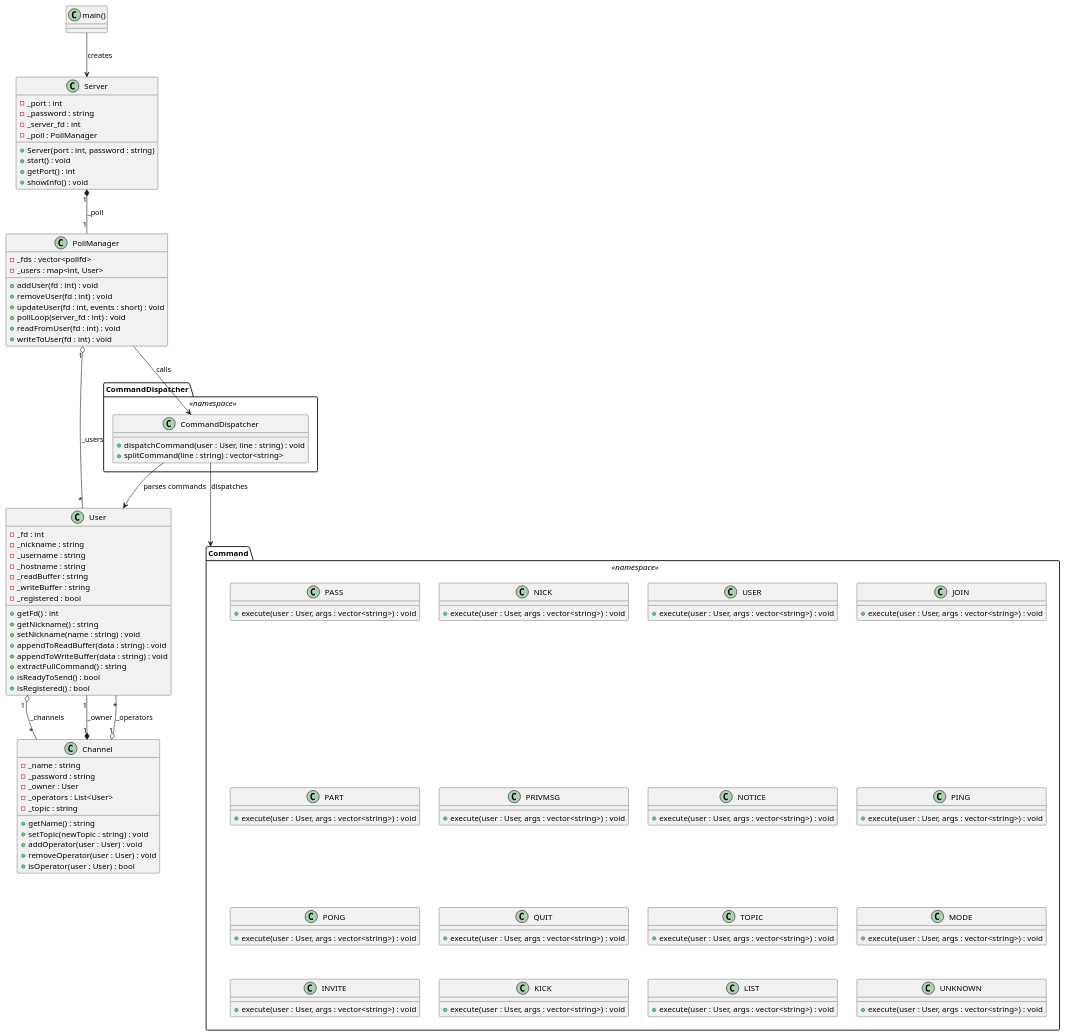
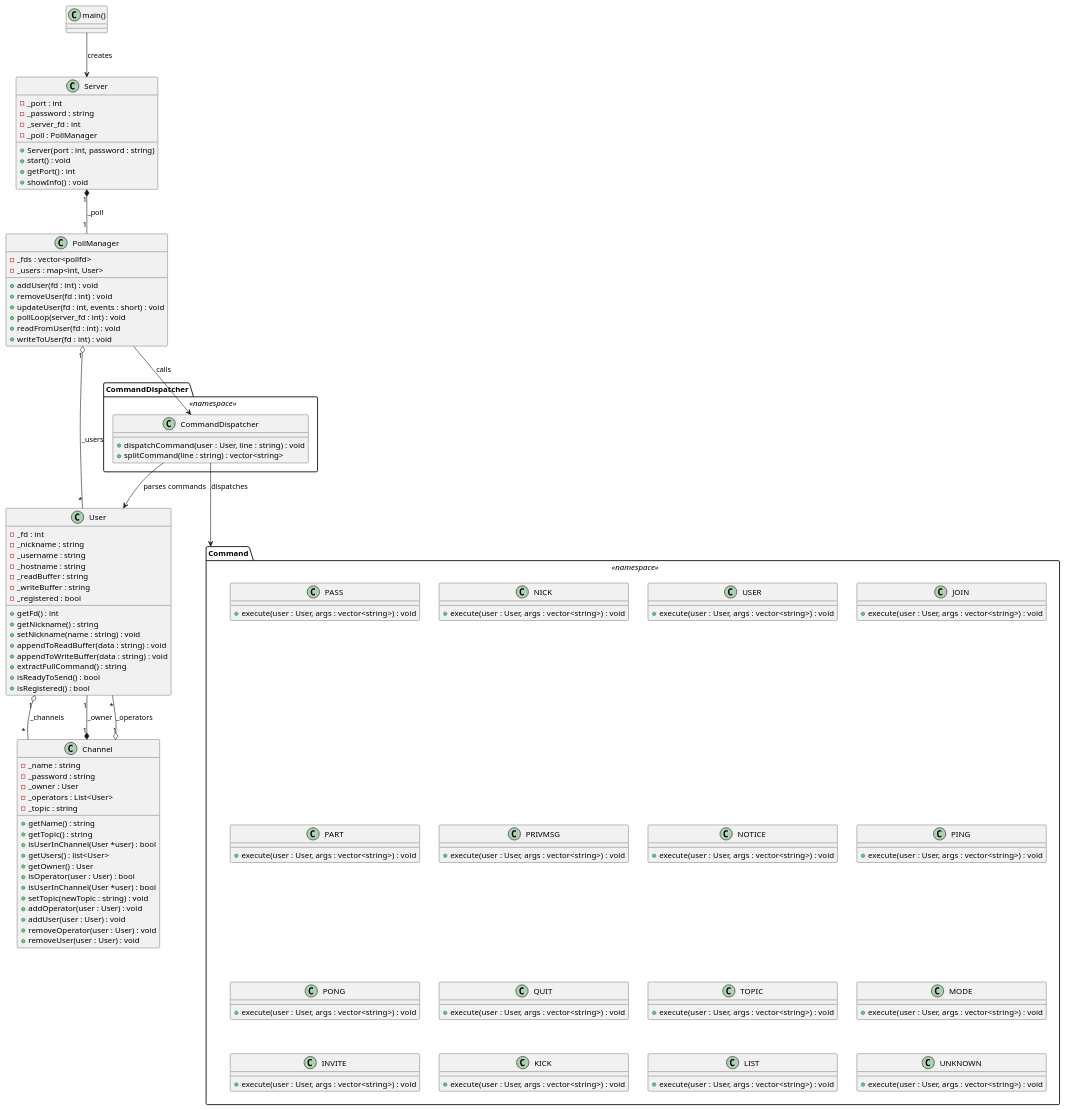
The diagram in diagram.puml (EniumRaphael/ft_irc), drawn with PlantUML before and after one commit. The commit also changed 2 other files, not shown here.

Commit message:
feat(channel): starting the channel class

```diff
--- a/diagram.puml
+++ b/diagram.puml
@@ -1,154 +1,161 @@
 @startuml "IRC Server - Detailed UML"
 
 ' ========================
 '         ENTRY: main()
 ' ========================
 class "main()"
 
 ' ========================
 '         CLASS: Server
 ' ========================
 class Server {
     - _port : int
     - _password : string
     - _server_fd : int
     - _poll : PollManager
 
     + Server(port : int, password : string)
     + start() : void
     + getPort() : int
     + showInfo() : void
 }
 
 ' ============================
 '         CLASS: PollManager
 ' ============================
 class PollManager {
     - _fds : vector<pollfd>
     - _users : map<int, User>
 
     + addUser(fd : int) : void
     + removeUser(fd : int) : void
     + updateUser(fd : int, events : short) : void
     + pollLoop(server_fd : int) : void
     + readFromUser(fd : int) : void
     + writeToUser(fd : int) : void
 }
 
 ' ========================
 '         CLASS: User
 ' ========================
 class User {
     - _fd : int
     - _nickname : string
     - _username : string
     - _hostname : string
     - _readBuffer : string
     - _writeBuffer : string
     - _registered : bool
 
     + getFd() : int
     + getNickname() : string
     + setNickname(name : string) : void
     + appendToReadBuffer(data : string) : void
     + appendToWriteBuffer(data : string) : void
     + extractFullCommand() : string
     + isReadyToSend() : bool
     + isRegistered() : bool
 }
 
 ' ========================
 '         CLASS: Channel
 ' ========================
 class Channel {
     - _name : string
     - _password : string
     - _owner : User
     - _operators : List<User>
     - _topic : string
 
     + getName() : string
+	+ getTopic() : string
+	+ isUserInChannel(User *user) : bool
+	+ getUsers() : list<User>
+	+ getOwner() : User
+    + isOperator(user : User) : bool
+	+ isUserInChannel(User *user) : bool
     + setTopic(newTopic : string) : void
     + addOperator(user : User) : void
+	+ addUser(user : User) : void
     + removeOperator(user : User) : void
-    + isOperator(user : User) : bool
+	+ removeUser(user : User) : void
 }
 
 ' ====================================
 '  NAMESPACE: CommandDispatcher (static)
 ' ====================================
 package "CommandDispatcher" <<namespace>> {
     class CommandDispatcher {
         + dispatchCommand(user : User, line : string) : void
         + splitCommand(line : string) : vector<string>
     }
 }
 
 ' =============================
 '      NAMESPACE: Command
 ' =============================
 package "Command" <<namespace>> {
     class PASS {
         + execute(user : User, args : vector<string>) : void
     }
     class NICK {
         + execute(user : User, args : vector<string>) : void
     }
     class USER {
         + execute(user : User, args : vector<string>) : void
     }
     class JOIN {
         + execute(user : User, args : vector<string>) : void
     }
     class PART {
         + execute(user : User, args : vector<string>) : void
     }
     class PRIVMSG {
         + execute(user : User, args : vector<string>) : void
     }
     class NOTICE {
         + execute(user : User, args : vector<string>) : void
     }
     class PING {
         + execute(user : User, args : vector<string>) : void
     }
     class PONG {
         + execute(user : User, args : vector<string>) : void
     }
     class QUIT {
         + execute(user : User, args : vector<string>) : void
     }
     class TOPIC {
         + execute(user : User, args : vector<string>) : void
     }
     class MODE {
         + execute(user : User, args : vector<string>) : void
     }
     class INVITE {
         + execute(user : User, args : vector<string>) : void
     }
     class KICK {
         + execute(user : User, args : vector<string>) : void
     }
     class LIST {
         + execute(user : User, args : vector<string>) : void
     }
     class UNKNOWN {
         + execute(user : User, args : vector<string>) : void
     }
 }
 
 ' ========================
 '         RELATIONS
 ' ========================
 "main()" --> Server : creates
 Server "1" *-- "1" PollManager : _poll
 PollManager "1" o-- "*" User : _users
 User "1" o-- "*" Channel : _channels
 Channel "1" *-- "1" User : _owner
 Channel "1" o-- "*" User : _operators
 PollManager --> CommandDispatcher.CommandDispatcher : calls
 CommandDispatcher.CommandDispatcher --> Command : dispatches
 CommandDispatcher.CommandDispatcher --> User : parses commands
 
 @enduml
```
